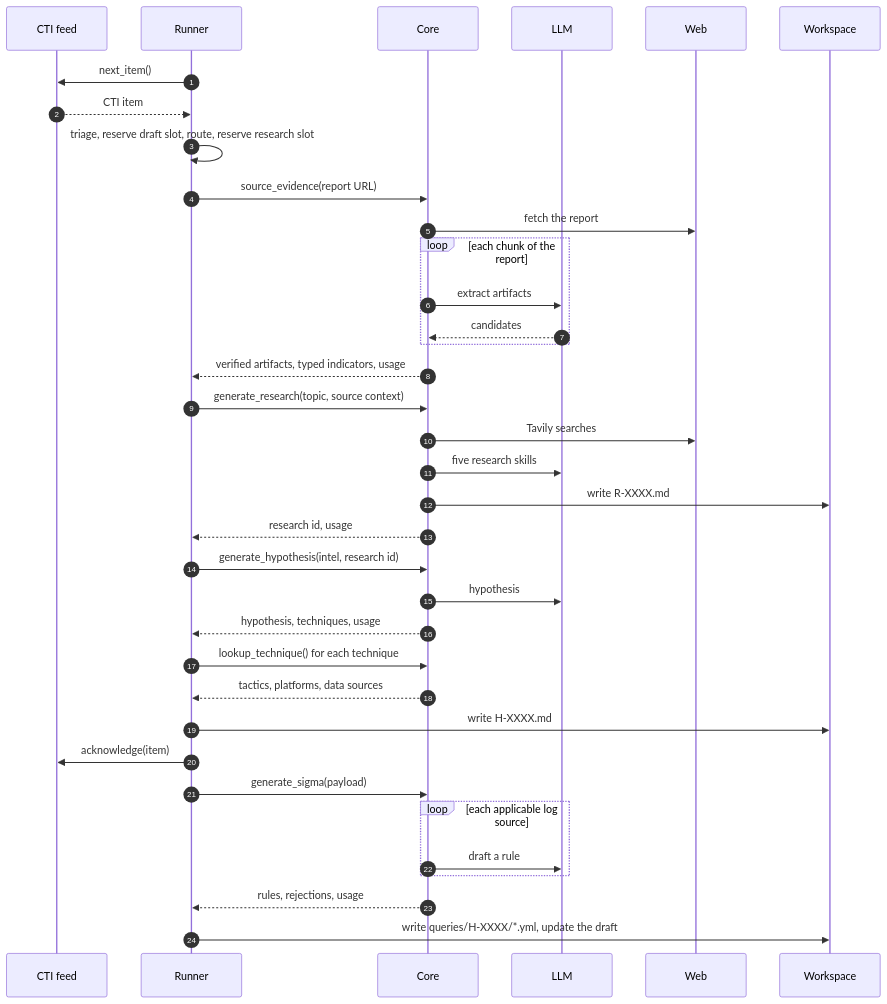
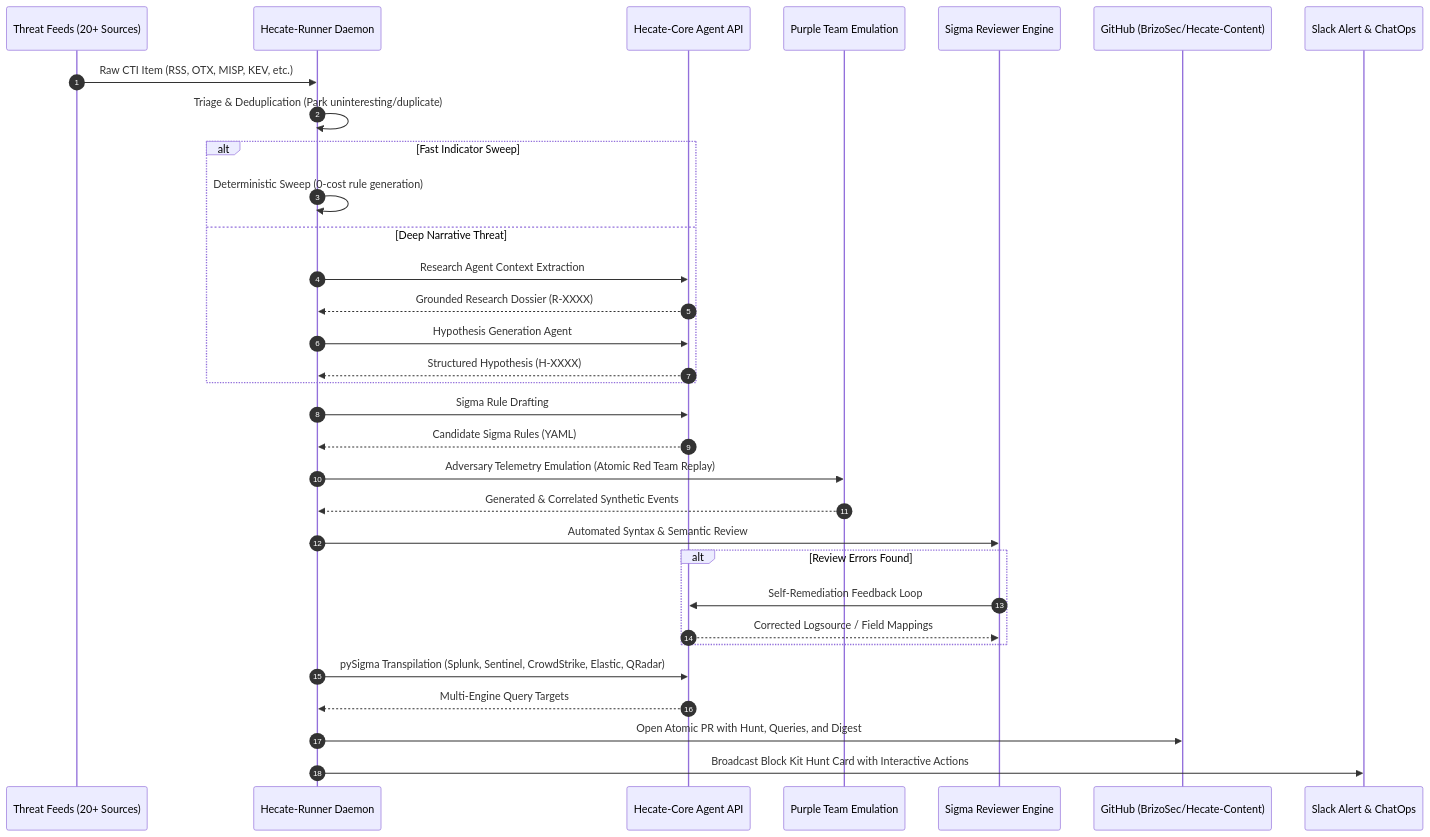
Before and after one commit to BrizoSec/Hecate-Runner: the second of 3 diagrams in docs/ARCHITECTURE.md, drawn with Mermaid. The commit also changed other lines of this file and 4 other files, not shown here.

Commit message:
docs: modernize README and add comprehensive Architecture, Features, Challenges, and How-To guides

````diff
--- a/docs/ARCHITECTURE.md
+++ b/docs/ARCHITECTURE.md
@@ -237,39 +70,35 @@
 ```mermaid
 sequenceDiagram
     autonumber
-    participant F as CTI feed
-    participant R as Runner
-    participant C as Core
-    participant M as LLM
-    participant W as Web
-    participant D as Workspace
+    participant Feeds as Threat Feeds (20+ Sources)
+    participant Runner as Hecate-Runner Daemon
+    participant Core as Hecate-Core Agent API
+    participant Purple as Purple Team Emulation
+    participant Reviewer as Sigma Reviewer Engine
+    participant GitHub as GitHub (BrizoSec/Hecate-Content)
+    participant Slack as Slack Alert & ChatOps
 
-    R->>F: next_item()
-    F-->>R: CTI item
-    R->>R: triage, reserve draft slot, route, reserve research slot
-    R->>C: source_evidence(report URL)
-    C->>W: fetch the report
-    loop each chunk of the report
-        C->>M: extract artifacts
-        M-->>C: candidates
+    Feeds->>Runner: Raw CTI Item (RSS, OTX, MISP, KEV, etc.)
+    Runner->>Runner: Triage & Deduplication (Park uninteresting/duplicate)
+    alt Fast Indicator Sweep
+        Runner->>Runner: Deterministic Sweep (0-cost rule generation)
+    else Deep Narrative Threat
+        Runner->>Core: Research Agent Context Extraction
+        Core-->>Runner: Grounded Research Dossier (R-XXXX)
+        Runner->>Core: Hypothesis Generation Agent
+        Core-->>Runner: Structured Hypothesis (H-XXXX)
     end
-    C-->>R: verified artifacts, typed indicators, usage
-    R->>C: generate_research(topic, source context)
-    C->>W: Tavily searches
-    C->>M: five research skills
-    C->>D: write R-XXXX.md
-    C-->>R: research id, usage
-    R->>C: generate_hypothesis(intel, research id)
-    C->>M: hypothesis
-    C-->>R: hypothesis, techniques, usage
-    R->>C: lookup_technique() for each technique
-    C-->>R: tactics, platforms, data sources
-    R->>D: write H-XXXX.md
-    R->>F: acknowledge(item)
-    R->>C: generate_sigma(payload)
-    loop each applicable log source
-        C->>M: draft a rule
+    Runner->>Core: Sigma Rule Drafting
+    Core-->>Runner: Candidate Sigma Rules (YAML)
+    Runner->>Purple: Adversary Telemetry Emulation (Atomic Red Team Replay)
+    Purple-->>Runner: Generated & Correlated Synthetic Events
+    Runner->>Reviewer: Automated Syntax & Semantic Review
+    alt Review Errors Found
+        Reviewer->>Core: Self-Remediation Feedback Loop
+        Core-->>Reviewer: Corrected Logsource / Field Mappings
     end
-    C-->>R: rules, rejections, usage
-    R->>D: write queries/H-XXXX/*.yml, update the draft
+    Runner->>Core: pySigma Transpilation (Splunk, Sentinel, CrowdStrike, Elastic, QRadar)
+    Core-->>Runner: Multi-Engine Query Targets
+    Runner->>GitHub: Open Atomic PR with Hunt, Queries, and Digest
+    Runner->>Slack: Broadcast Block Kit Hunt Card with Interactive Actions
 ```
````
